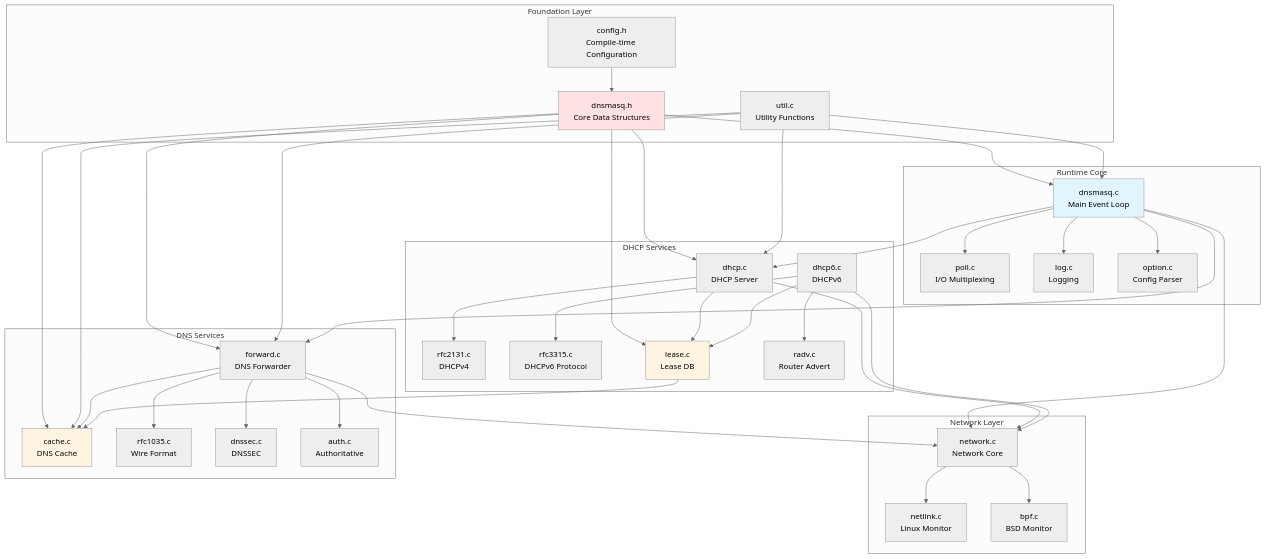
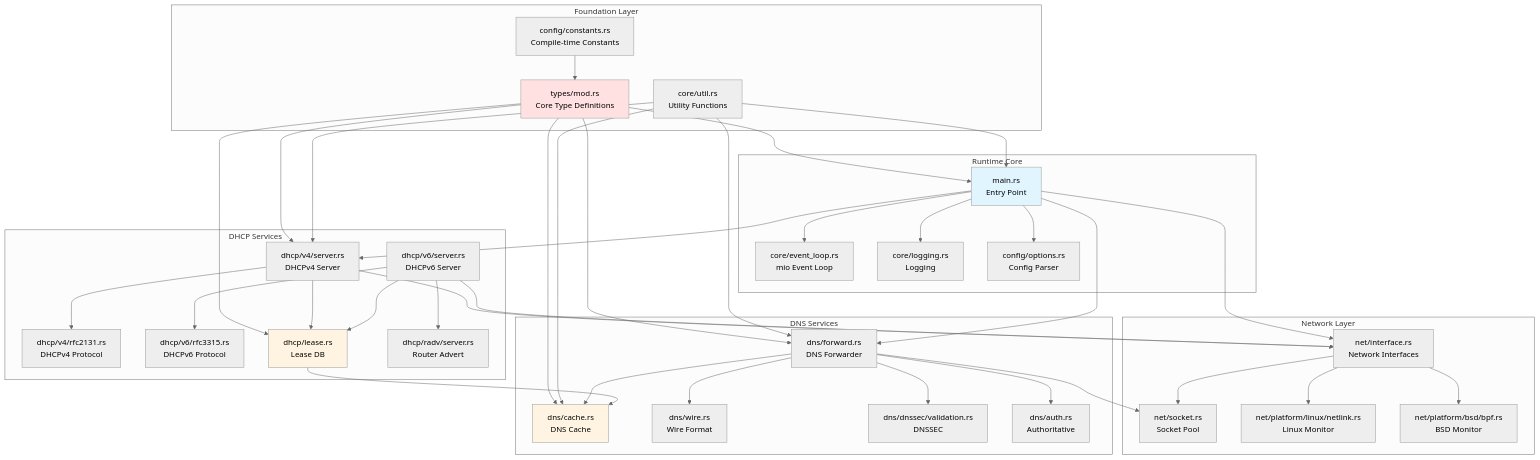
The fifth of 5 diagrams in docs/ARCHITECTURE.md (blitzy-public-samples/blitzy-dnsmasq), drawn with Mermaid (neutral theme) before and after one commit. The commit also changed other lines of this file, not shown here.

First line of the commit message:
docs: rewrite ARCHITECTURE.md for Rust implementation

````diff
--- a/docs/ARCHITECTURE.md
+++ b/docs/ARCHITECTURE.md
@@ -977,81 +974,83 @@
 ```mermaid
 graph TD
     subgraph "Foundation Layer"
-        Config[config.h<br/>Compile-time Configuration]
-        DnsmasqH[dnsmasq.h<br/>Core Data Structures]
-        Util[util.c<br/>Utility Functions]
+        Config[config/constants.rs<br/>Compile-time Constants]
+        Types[types/mod.rs<br/>Core Type Definitions]
+        Util[core/util.rs<br/>Utility Functions]
     end
     
     subgraph "Runtime Core"
-        Main[dnsmasq.c<br/>Main Event Loop]
-        Poll[poll.c<br/>I/O Multiplexing]
-        Log[log.c<br/>Logging]
-        Option[option.c<br/>Config Parser]
+        Main[main.rs<br/>Entry Point]
+        EventLoop[core/event_loop.rs<br/>mio Event Loop]
+        Log[core/logging.rs<br/>Logging]
+        Option[config/options.rs<br/>Config Parser]
     end
     
     subgraph "Network Layer"
-        Network[network.c<br/>Network Core]
-        Netlink[netlink.c<br/>Linux Monitor]
-        BPF[bpf.c<br/>BSD Monitor]
+        Interface[net/interface.rs<br/>Network Interfaces]
+        Socket[net/socket.rs<br/>Socket Pool]
+        Netlink[net/platform/linux/netlink.rs<br/>Linux Monitor]
+        BPF[net/platform/bsd/bpf.rs<br/>BSD Monitor]
     end
     
     subgraph "DNS Services"
-        Forward[forward.c<br/>DNS Forwarder]
-        Cache[cache.c<br/>DNS Cache]
-        RFC1035[rfc1035.c<br/>Wire Format]
-        DNSSEC[dnssec.c<br/>DNSSEC]
-        Auth[auth.c<br/>Authoritative]
+        Forward[dns/forward.rs<br/>DNS Forwarder]
+        Cache[dns/cache.rs<br/>DNS Cache]
+        Wire[dns/wire.rs<br/>Wire Format]
+        DNSSEC[dns/dnssec/validation.rs<br/>DNSSEC]
+        Auth[dns/auth.rs<br/>Authoritative]
     end
     
     subgraph "DHCP Services"
-        DHCP[dhcp.c<br/>DHCP Server]
-        RFC2131[rfc2131.c<br/>DHCPv4]
-        DHCP6[dhcp6.c<br/>DHCPv6]
-        RFC3315[rfc3315.c<br/>DHCPv6 Protocol]
-        Lease[lease.c<br/>Lease DB]
-        RadV[radv.c<br/>Router Advert]
+        DHCPv4[dhcp/v4/server.rs<br/>DHCPv4 Server]
+        RFC2131[dhcp/v4/rfc2131.rs<br/>DHCPv4 Protocol]
+        DHCPv6[dhcp/v6/server.rs<br/>DHCPv6 Server]
+        RFC3315[dhcp/v6/rfc3315.rs<br/>DHCPv6 Protocol]
+        Lease[dhcp/lease.rs<br/>Lease DB]
+        RadV[dhcp/radv/server.rs<br/>Router Advert]
     end
     
-    Config --> DnsmasqH
-    DnsmasqH --> Main
-    DnsmasqH --> Forward
-    DnsmasqH --> Cache
-    DnsmasqH --> DHCP
-    DnsmasqH --> Lease
+    Config --> Types
+    Types --> Main
+    Types --> Forward
+    Types --> Cache
+    Types --> DHCPv4
+    Types --> Lease
     
     Util --> Main
     Util --> Forward
     Util --> Cache
-    Util --> DHCP
+    Util --> DHCPv4
     
-    Main --> Poll
+    Main --> EventLoop
     Main --> Log
     Main --> Option
-    Main --> Network
+    Main --> Interface
     Main --> Forward
-    Main --> DHCP
+    Main --> DHCPv4
     
-    Network --> Netlink
-    Network --> BPF
+    Interface --> Netlink
+    Interface --> BPF
+    Interface --> Socket
     
     Forward --> Cache
-    Forward --> RFC1035
+    Forward --> Wire
     Forward --> DNSSEC
     Forward --> Auth
-    Forward --> Network
+    Forward --> Socket
     
-    DHCP --> RFC2131
-    DHCP --> Lease
-    DHCP --> Network
+    DHCPv4 --> RFC2131
+    DHCPv4 --> Lease
+    DHCPv4 --> Interface
     
-    DHCP6 --> RFC3315
-    DHCP6 --> Lease
-    DHCP6 --> RadV
-    DHCP6 --> Network
+    DHCPv6 --> RFC3315
+    DHCPv6 --> Lease
+    DHCPv6 --> RadV
+    DHCPv6 --> Interface
     
     Lease --> Cache
     
-    style DnsmasqH fill:#ffe1e1
+    style Types fill:#ffe1e1
     style Main fill:#e1f5ff
     style Cache fill:#fff4e1
     style Lease fill:#fff4e1
````
